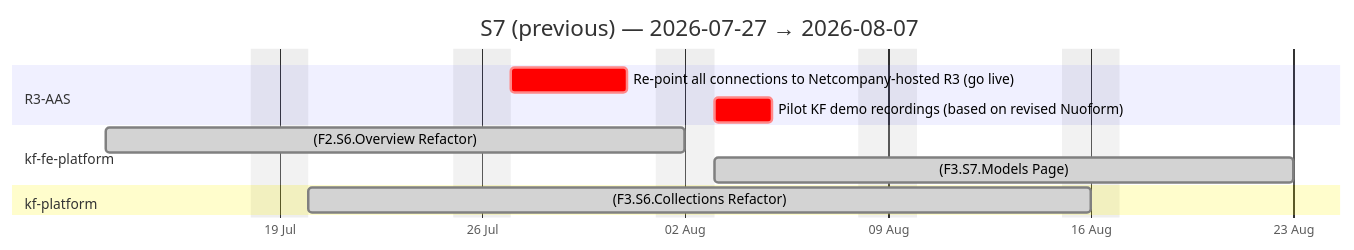
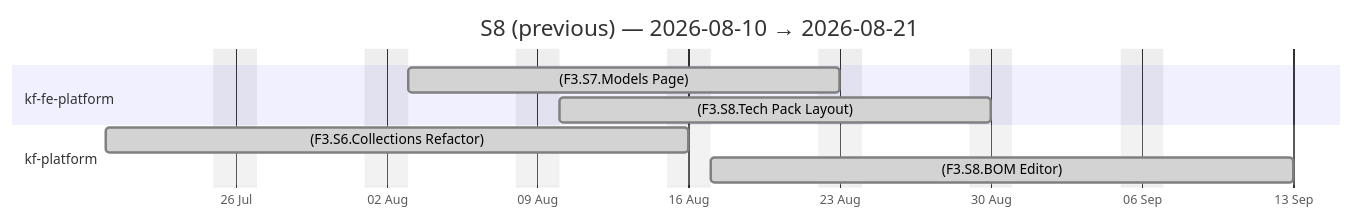
Before and after one commit to Katty-Fashion/kf-cpto: the second of 4 diagrams in docs/agile-sprints.md, drawn with Mermaid. The commit also changed other lines of this file and 14 other files, not shown here.

````diff
--- a/docs/agile-sprints.md
+++ b/docs/agile-sprints.md
@@ -51,16 +51,14 @@
 ```mermaid
 gantt
-    title S7 (previous) — 2026-07-27 → 2026-08-07
+    title S8 (previous) — 2026-08-10 → 2026-08-21
     dateFormat YYYY-MM-DD
     axisFormat %d %b
     excludes weekends
 
-    section R3-AAS
-    Re-point all connections to Netcompany-hosted R3 (go live) :crit, 2026-07-27, 2026-07-31
-    Pilot KF demo recordings (based on revised Nuoform) :crit, 2026-08-03, 2026-08-05
     section kf-fe-platform
-    (F2.S6.Overview Refactor) :done, 2026-07-13, 2026-08-02
     (F3.S7.Models Page) :done, 2026-08-03, 2026-08-23
+    (F3.S8.Tech Pack Layout) :done, 2026-08-10, 2026-08-30
     section kf-platform
     (F3.S6.Collections Refactor) :done, 2026-07-20, 2026-08-16
+    (F3.S8.BOM Editor) :done, 2026-08-17, 2026-09-13
 ```
````
